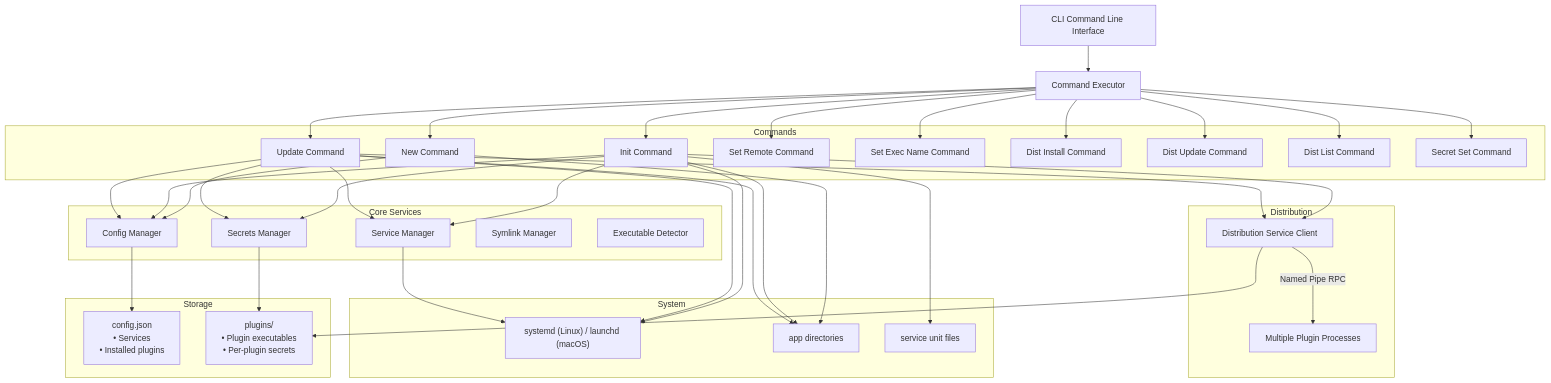
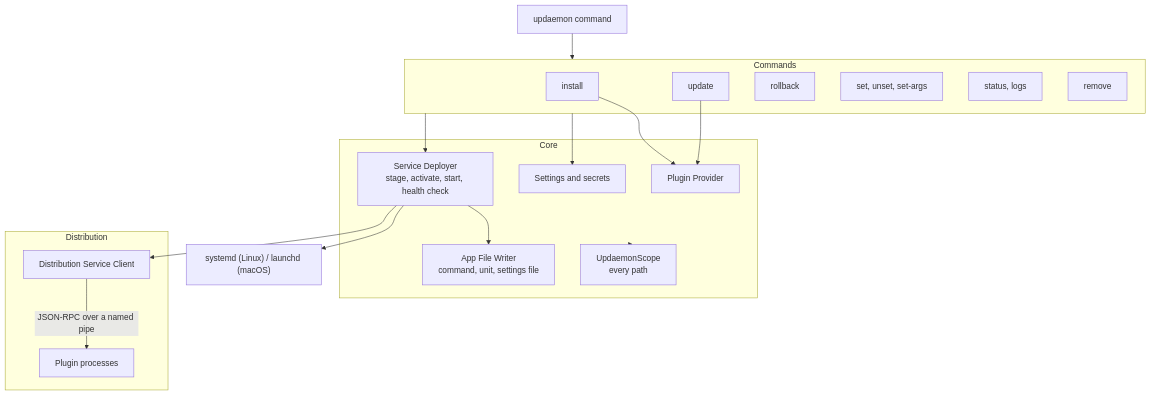
Before and after one commit to AdamTovatt/updaemon: the first of 5 diagrams in README.md, drawn with Mermaid. The commit also changed other lines of this file and 36 other files, not shown here.

Commit message:
add rollback, status, logs and the health check with skipped versions

````diff
--- a/README.md
+++ b/README.md
@@ -674,76 +477,38 @@
 ```mermaid
 graph TB
-    CLI[CLI Command Line Interface]
-    Executor[Command Executor]
-    
+    CLI[updaemon command] --> Commands
+
     subgraph Commands
-        NewCmd[New Command]
-        InitCmd[Init Command]
-        UpdateCmd[Update Command]
-        SetRemoteCmd[Set Remote Command]
-        SetExecNameCmd[Set Exec Name Command]
-        DistInstallCmd[Dist Install Command]
-        DistUpdateCmd[Dist Update Command]
-        DistListCmd[Dist List Command]
-        SecretSetCmd[Secret Set Command]
+        Install[install]
+        Update[update]
+        Rollback[rollback]
+        Settings[set, unset, set-args]
+        Read[status, logs]
+        Remove[remove]
     end
-    
-    subgraph Core Services
-        ConfigMgr[Config Manager]
-        SecretsMgr[Secrets Manager]
-        ServiceMgr[Service Manager]
-        SymlinkMgr[Symlink Manager]
-        ExecDetector[Executable Detector]
+
+    subgraph Core
+        Deployer["Service Deployer<br/>stage, activate, start, health check"]
+        Files["App File Writer<br/>command, unit, settings file"]
+        SettingsStore[Settings and secrets]
+        PluginProvider[Plugin Provider]
+        Scope["UpdaemonScope<br/>every path"]
     end
-    
+
     subgraph Distribution
         DistClient[Distribution Service Client]
-        Plugins[Multiple Plugin Processes]
+        Plugins[Plugin processes]
     end
-    
-    subgraph Storage
-        ConfigFile["config.json<br/>• Services<br/>• Installed plugins"]
-        PluginFiles["plugins/<br/>• Plugin executables<br/>• Per-plugin secrets"]
-    end
-    
-    subgraph System
-        Init["systemd (Linux) / launchd (macOS)"]
-        OptDir["app directories"]
-        EtcDir["service unit files"]
-    end
-    
-    CLI --> Executor
-    Executor --> NewCmd
-    Executor --> InitCmd
-    Executor --> UpdateCmd
-    Executor --> SetRemoteCmd
-    Executor --> SetExecNameCmd
-    Executor --> DistInstallCmd
-    Executor --> DistUpdateCmd
-    Executor --> DistListCmd
-    Executor --> SecretSetCmd
 
-    NewCmd --> ConfigMgr
-    InitCmd --> ConfigMgr
-    InitCmd --> SecretsMgr
-    InitCmd --> ServiceMgr
-    InitCmd --> DistClient
-    UpdateCmd --> ConfigMgr
-    UpdateCmd --> SecretsMgr
-    UpdateCmd --> ServiceMgr
-    UpdateCmd --> DistClient
+    Manager["systemd (Linux) / launchd (macOS)"]
 
-    ConfigMgr --> ConfigFile
-    SecretsMgr --> PluginFiles
-
-    DistClient -->|Named Pipe RPC| Plugins
-    DistClient --> PluginFiles
-
-    InitCmd --> Init
-    UpdateCmd --> Init
-    ServiceMgr --> Init
-    NewCmd --> OptDir
-    InitCmd --> OptDir
-    UpdateCmd --> OptDir
-    InitCmd --> EtcDir
+    Commands --> Deployer
+    Commands --> SettingsStore
+    Install --> PluginProvider
+    Update --> PluginProvider
+    Deployer --> Files
+    Deployer --> Manager
+    Deployer --> DistClient
+    DistClient -->|JSON-RPC over a named pipe| Plugins
+    Core -.-> Scope
 ```
````
